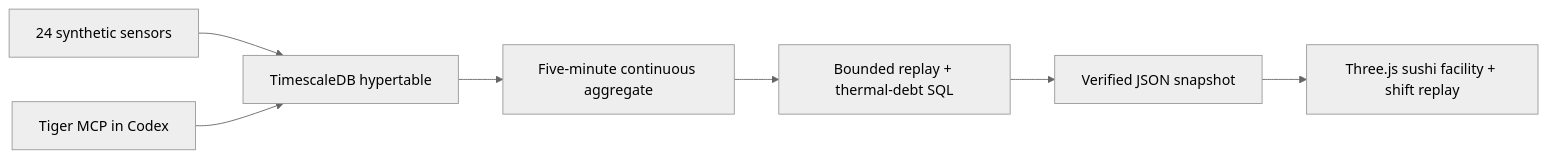
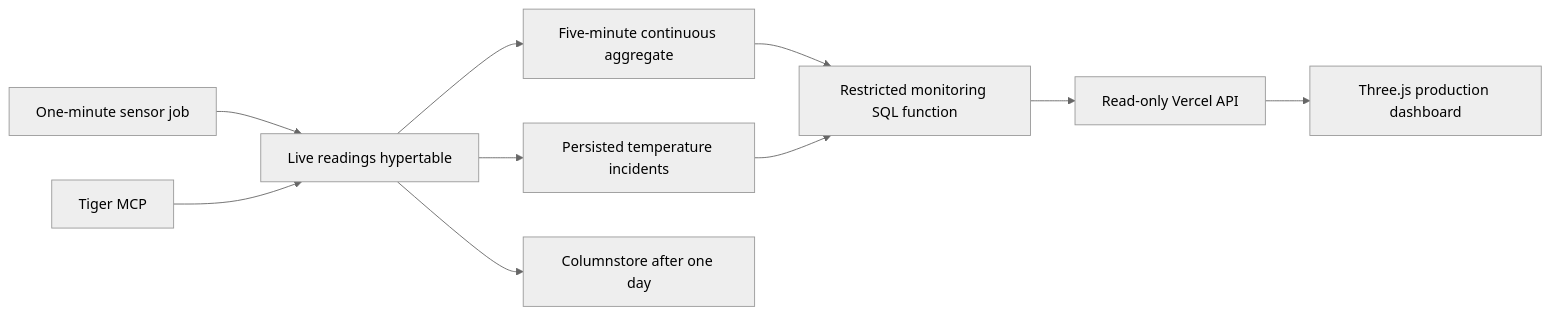
The diagram in README.md (SeloSlav/tiger-cloud-project), drawn with Mermaid (neutral theme) before and after one commit. The commit also changed other lines of this file and 22 other files, not shown here.

Commit message:
Add live Frostline monitoring with incident tracking

````diff
--- a/README.md
+++ b/README.md
@@ -61,9 +69,12 @@
 ```mermaid
 flowchart LR
-    S[24 synthetic sensors] --> H[TimescaleDB hypertable]
+    S[One-minute sensor job] --> H[Live readings hypertable]
     H --> A[Five-minute continuous aggregate]
-    A --> Q[Bounded replay + thermal-debt SQL]
-    Q --> J[Verified JSON snapshot]
-    J --> V[Three.js sushi facility + shift replay]
-    M[Tiger MCP in Codex] --> H
+    H --> I[Persisted temperature incidents]
+    A --> Q[Restricted monitoring SQL function]
+    I --> Q
+    Q --> API[Read-only Vercel API]
+    API --> V[Three.js production dashboard]
+    M[Tiger MCP] --> H
+    H --> C[Columnstore after one day]
 ```
````
